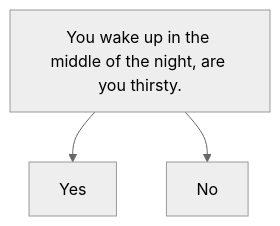
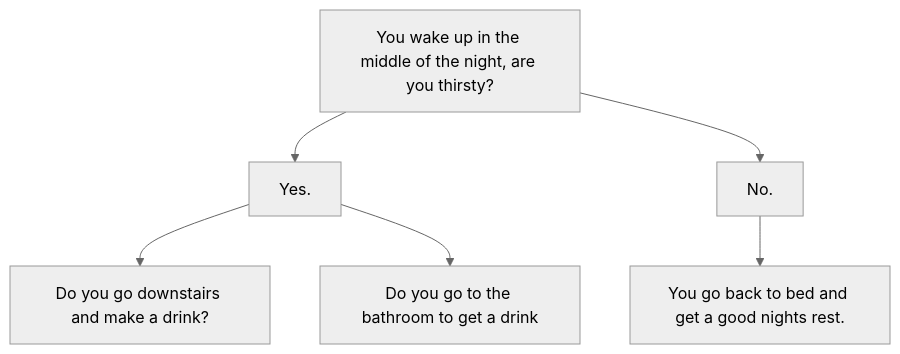
The diagram in Diagram.md (ZeTomatoKing/ZeTomatoKing.github.io), drawn with Mermaid (neutral theme) before and after one commit.

Commit message:
v5
added new prompts

````diff
--- a/Diagram.md
+++ b/Diagram.md
@@ -1,6 +1,11 @@
  ```mermaid 
 flowchart TD;
-      A[You wake up in the middle of the night, are you thirsty.]
-       A-->B[Yes]
-      A-->C[No]
+      A[You wake up in the middle of the night, are you thirsty?]
+       A-->B[Yes.]
+        B-->E[Do you go downstairs and make a drink?]
+
+        B-->F[Do you go to the bathroom to get a drink]
+     
+      A-->C[No.]
+       C-->D[You go back to bed and get a good nights rest.]
 ``` 
````
